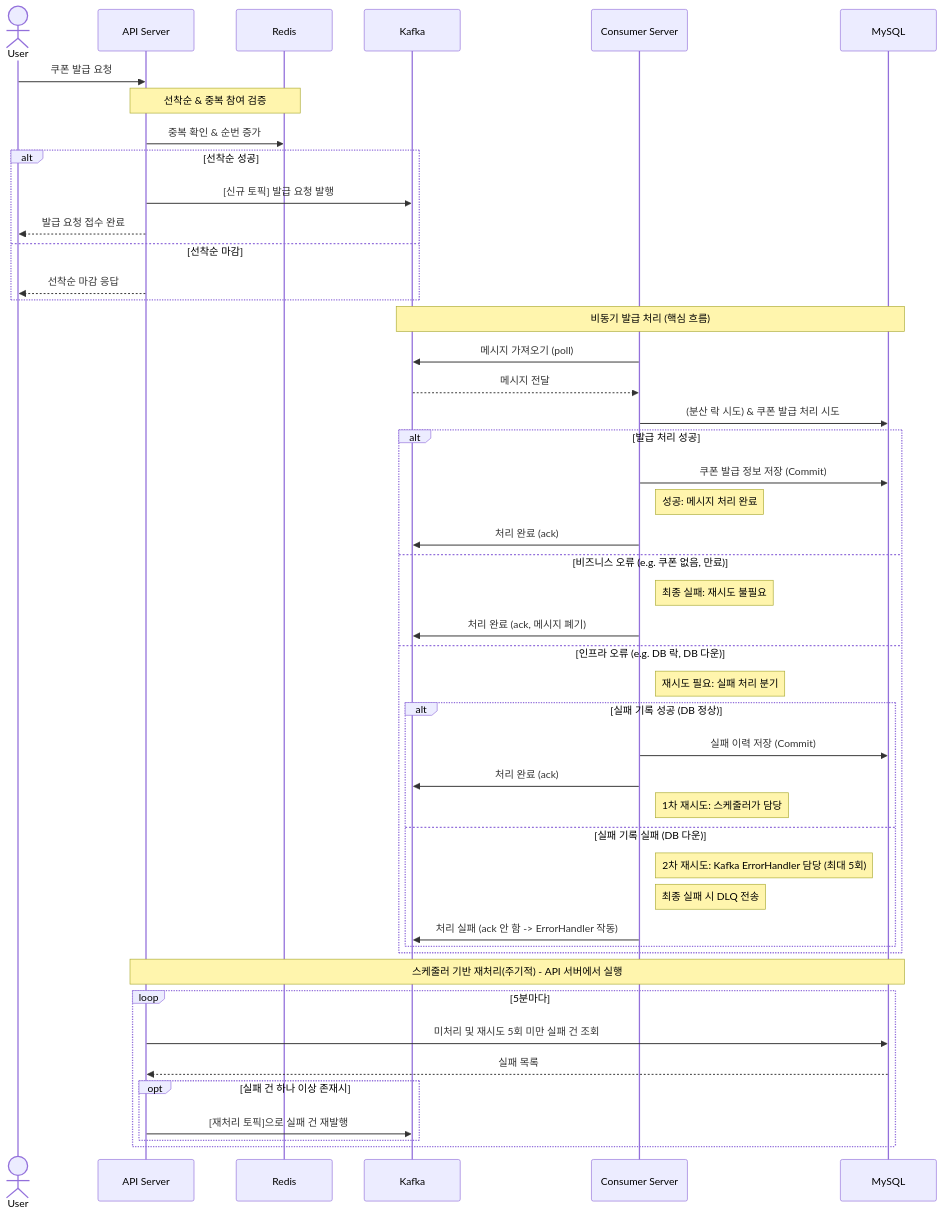
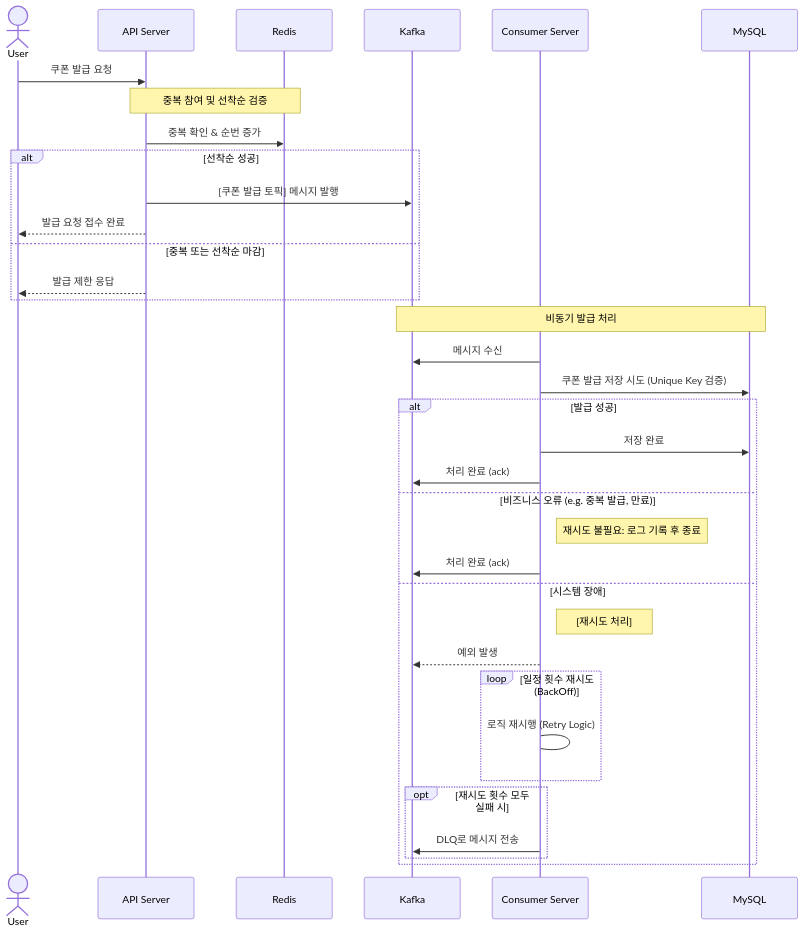
Before and after one commit to devFancy/springboot-coupon-system: the second of 3 diagrams in docs/coupon-domain-modeling.md, drawn with Mermaid. The commit also changed other lines of this file, not shown here.

````diff
--- a/docs/coupon-domain-modeling.md
+++ b/docs/coupon-domain-modeling.md
@@ -220,59 +208,43 @@
 ```mermaid
 sequenceDiagram
   actor User
   participant API Server
   participant Redis
   participant Kafka
   participant Consumer Server
   participant DB as MySQL
 
   User->>API Server: 쿠폰 발급 요청
 
-  note over API Server, Redis: 선착순 & 중복 참여 검증
+  note over API Server, Redis: 중복 참여 및 선착순 검증
   API Server->>Redis: 중복 확인 & 순번 증가
 
   alt 선착순 성공
-    API Server->>Kafka: [신규 토픽] 발급 요청 발행
+    API Server->>Kafka: [쿠폰 발급 토픽] 메시지 발행
     API Server-->>User: 발급 요청 접수 완료
-  else 선착순 마감
-    API Server-->>User: 선착순 마감 응답
+  else 중복 또는 선착순 마감
+    API Server-->>User: 발급 제한 응답
   end
 
-  note over Kafka, DB: 비동기 발급 처리 (핵심 흐름)
-  Consumer Server->>Kafka: 메시지 가져오기 (poll)
-  Kafka-->>Consumer Server: 메시지 전달
+  note over Kafka, DB: 비동기 발급 처리
+  Consumer Server->>Kafka: 메시지 수신
+  
+  Consumer Server->>DB: 쿠폰 발급 저장 시도 (Unique Key 검증)
 
-  Consumer Server->>DB: (분산 락 시도) & 쿠폰 발급 처리 시도
-
-  alt 발급 처리 성공
-    Consumer Server->>DB: 쿠폰 발급 정보 저장 (Commit)
-    note right of Consumer Server: 성공: 메시지 처리 완료
+  alt 발급 성공
+    Consumer Server->>DB: 저장 완료
     Consumer Server->>Kafka: 처리 완료 (ack)
-
-  else 비즈니스 오류 (e.g. 쿠폰 없음, 만료)
-    note right of Consumer Server: 최종 실패: 재시도 불필요
-    Consumer Server->>Kafka: 처리 완료 (ack, 메시지 폐기)
-
-  else 인프라 오류 (e.g. DB 락, DB 다운)
-    note right of Consumer Server: 재시도 필요: 실패 처리 분기
-    alt 실패 기록 성공 (DB 정상)
-      Consumer Server->>DB: 실패 이력 저장 (Commit)
-      Consumer Server->>Kafka: 처리 완료 (ack)
-      note right of Consumer Server: 1차 재시도: 스케줄러가 담당
-    else 실패 기록 실패 (DB 다운)
-      note right of Consumer Server: 2차 재시도: Kafka ErrorHandler 담당 (최대 5회)
-      note right of Consumer Server: 최종 실패 시 DLQ 전송
-      Consumer Server->>Kafka: 처리 실패 (ack 안 함 -> ErrorHandler 작동)
+  else 비즈니스 오류 (e.g. 중복 발급, 만료)
+    note right of Consumer Server: 재시도 불필요: 로그 기록 후 종료
+    Consumer Server->>Kafka: 처리 완료 (ack)
+  else 시스템 장애
+    note right of Consumer Server: [재시도 처리]
+    Consumer Server-->>Kafka: 예외 발생
+    loop 일정 횟수 재시도 (BackOff)
+        Consumer Server -> Consumer Server: 로직 재시행 (Retry Logic)
     end
-  end
-
-  note over API Server, DB: 스케줄러 기반 재처리(주기적) - API 서버에서 실행
-  loop 5분마다
-    API Server->>DB: 미처리 및 재시도 5회 미만 실패 건 조회
-    DB-->>API Server: 실패 목록
-
-    opt 실패 건 하나 이상 존재시
-      API Server->>Kafka: [재처리 토픽]으로 실패 건 재발행
+    opt 재시도 횟수 모두 실패 시
+        Consumer Server->>Kafka: DLQ로 메시지 전송
     end
   end
 ```
````
